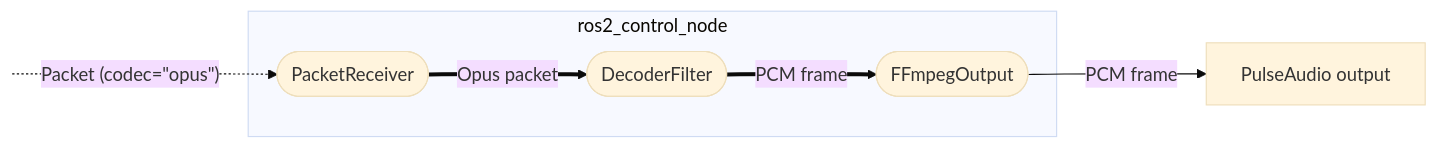
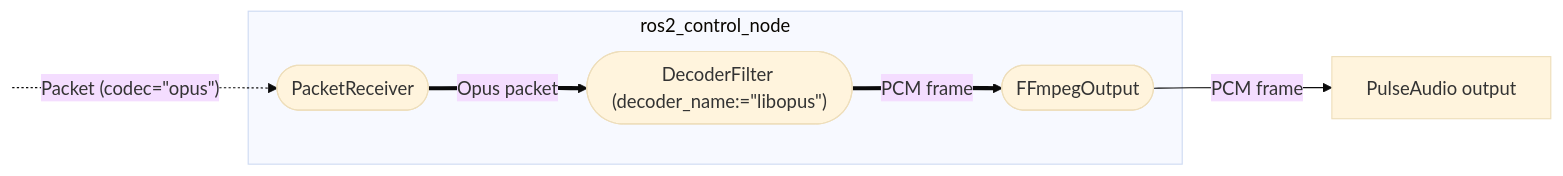
One commit to yoshito-n-students/ffmpeg_pipeline changed the third of 3 diagrams in README.md. Above: the diagram before and after it, drawn with Mermaid (base theme).

Commit message:
add param for DecoderFilter

````diff
--- a/README.md
+++ b/README.md
@@ -160,10 +160,10 @@
 ```mermaid
 flowchart LR
    A:::hidden -. "Packet (codec=#quot;opus#quot;)" .-> B@{ shape: stadium, label: "PacketReceiver" }
    subgraph ros2_control_node
-   B == "Opus packet" ==> C@{ shape: stadium, label: "DecoderFilter" }
+   B == "Opus packet" ==> C@{ shape: stadium, label: "DecoderFilter (decoder_name:=#quot;libopus#quot;)" }
    C == "PCM frame" ==> D@{ shape: stadium, label: "FFmpegOutput" }
    end
    D -- "PCM frame" --> H@{ shape: rect, label: "PulseAudio output" }
    classDef hidden display: none;
 ```
````
